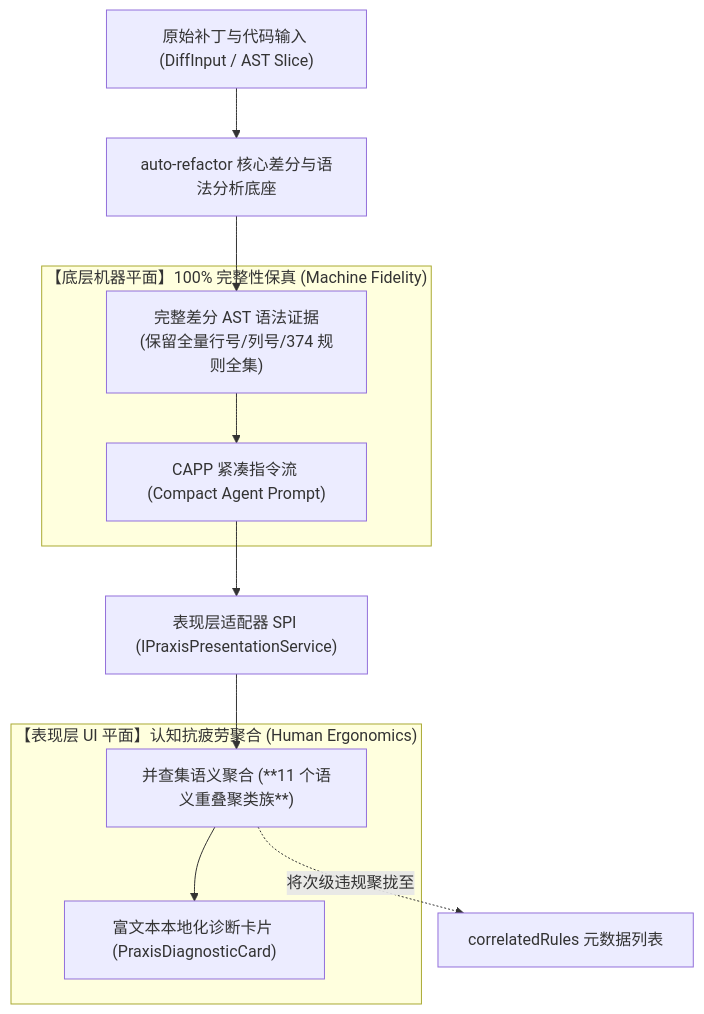
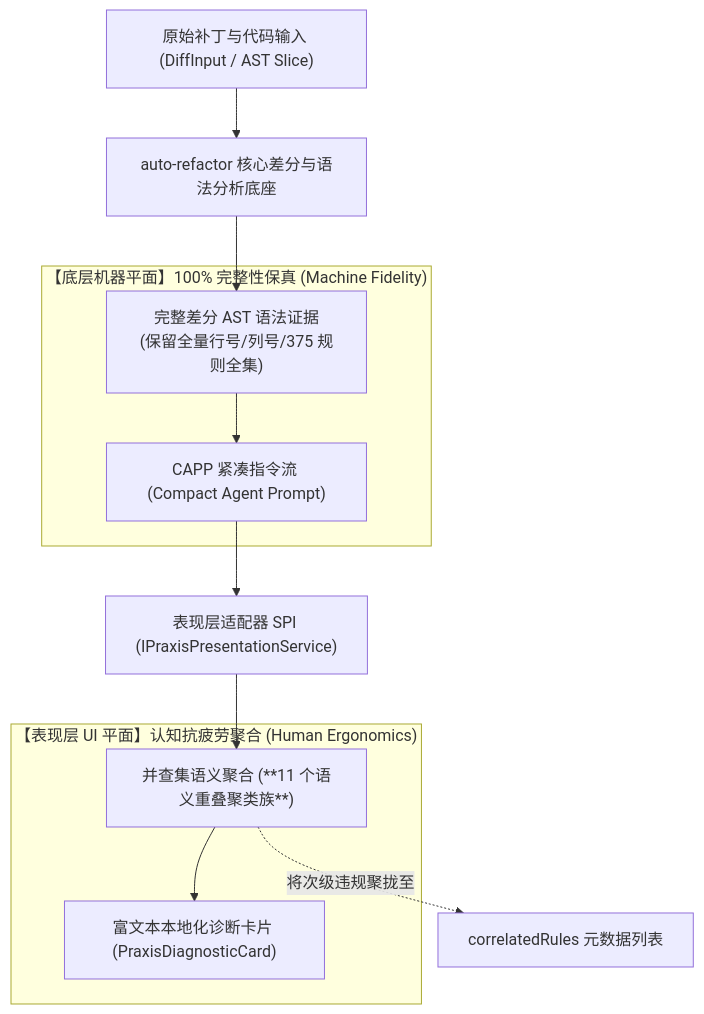
Before and after one commit to guilingzhouyi-creator/vscode-extensions: the first of 2 diagrams in auto-refactor/docs/06-praxis-delivery/01-praxis-architecture-and-spi-contracts.md, drawn with Mermaid. The commit also changed 20 other files, not shown here.

````diff
--- a/auto-refactor/docs/06-praxis-delivery/01-praxis-architecture-and-spi-contracts.md
+++ b/auto-refactor/docs/06-praxis-delivery/01-praxis-architecture-and-spi-contracts.md
@@ -14,21 +14,21 @@
 ```mermaid
 flowchart TD
     DIFF["原始补丁与代码输入 (DiffInput / AST Slice)"] --> CORE["auto-refactor 核心差分与语法分析底座"]
     
     subgraph MachinePlane["【底层机器平面】100% 完整性保真 (Machine Fidelity)"]
-        AST_COMPLETE["完整差分 AST 语法证据<br/>(保留全量行号/列号/374 规则全集)"]
+        AST_COMPLETE["完整差分 AST 语法证据<br/>(保留全量行号/列号/375 规则全集)"]
         CAPP["CAPP 紧凑指令流 (Compact Agent Prompt)"]
     end
     
     subgraph HumanPlane["【表现层 UI 平面】认知抗疲劳聚合 (Human Ergonomics)"]
         UNION_FIND["并查集语义聚合 (<!-- METRICS:BEGIN overlap-cluster-count -->**11 个语义重叠聚类族**<!-- METRICS:END overlap-cluster-count -->)"]
         CARDS["富文本本地化诊断卡片 (PraxisDiagnosticCard)"]
     end
     
     CORE --> AST_COMPLETE
     AST_COMPLETE --> CAPP
     CAPP --> IPres["表现层适配器 SPI (IPraxisPresentationService)"]
     IPres --> UNION_FIND
     UNION_FIND --> CARDS
     UNION_FIND -.->|将次级违规聚拢至| META["correlatedRules 元数据列表"]
 ```
````
